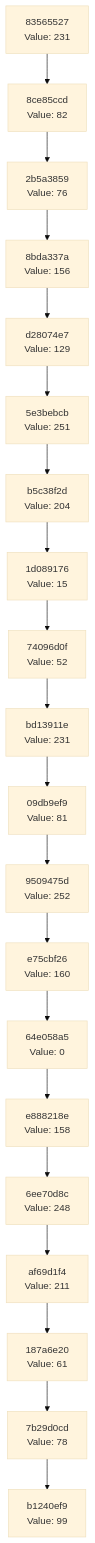
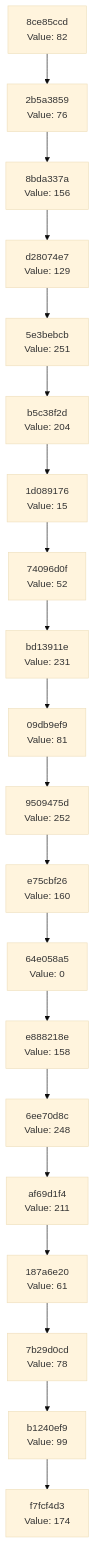
Before and after one commit to Abhisheksinha1506/hash-chain-evolver: the diagram in docs/CHAIN_VISUALIZATION.md, drawn with Mermaid (base theme). The commit also changed 3 other files, not shown here.

````diff
--- a/docs/CHAIN_VISUALIZATION.md
+++ b/docs/CHAIN_VISUALIZATION.md
@@ -3,42 +3,42 @@
 ```mermaid
 graph TD
-    C0["b1240ef9<br/>Value: 99"]
-    C1["7b29d0cd<br/>Value: 78"]
+    C0["f7fcf4d3<br/>Value: 174"]
+    C1["b1240ef9<br/>Value: 99"]
     C1 --> C0
-    C2["187a6e20<br/>Value: 61"]
+    C2["7b29d0cd<br/>Value: 78"]
     C2 --> C1
-    C3["af69d1f4<br/>Value: 211"]
+    C3["187a6e20<br/>Value: 61"]
     C3 --> C2
-    C4["6ee70d8c<br/>Value: 248"]
+    C4["af69d1f4<br/>Value: 211"]
     C4 --> C3
-    C5["e888218e<br/>Value: 158"]
+    C5["6ee70d8c<br/>Value: 248"]
     C5 --> C4
-    C6["64e058a5<br/>Value: 0"]
+    C6["e888218e<br/>Value: 158"]
     C6 --> C5
-    C7["e75cbf26<br/>Value: 160"]
+    C7["64e058a5<br/>Value: 0"]
     C7 --> C6
-    C8["9509475d<br/>Value: 252"]
+    C8["e75cbf26<br/>Value: 160"]
     C8 --> C7
-    C9["09db9ef9<br/>Value: 81"]
+    C9["9509475d<br/>Value: 252"]
     C9 --> C8
-    C10["bd13911e<br/>Value: 231"]
+    C10["09db9ef9<br/>Value: 81"]
     C10 --> C9
-    C11["74096d0f<br/>Value: 52"]
+    C11["bd13911e<br/>Value: 231"]
     C11 --> C10
-    C12["1d089176<br/>Value: 15"]
+    C12["74096d0f<br/>Value: 52"]
     C12 --> C11
-    C13["b5c38f2d<br/>Value: 204"]
+    C13["1d089176<br/>Value: 15"]
     C13 --> C12
-    C14["5e3bebcb<br/>Value: 251"]
+    C14["b5c38f2d<br/>Value: 204"]
     C14 --> C13
-    C15["d28074e7<br/>Value: 129"]
+    C15["5e3bebcb<br/>Value: 251"]
     C15 --> C14
-    C16["8bda337a<br/>Value: 156"]
+    C16["d28074e7<br/>Value: 129"]
     C16 --> C15
-    C17["2b5a3859<br/>Value: 76"]
+    C17["8bda337a<br/>Value: 156"]
     C17 --> C16
-    C18["8ce85ccd<br/>Value: 82"]
+    C18["2b5a3859<br/>Value: 76"]
     C18 --> C17
-    C19["83565527<br/>Value: 231"]
+    C19["8ce85ccd<br/>Value: 82"]
     C19 --> C18
 ```
````
